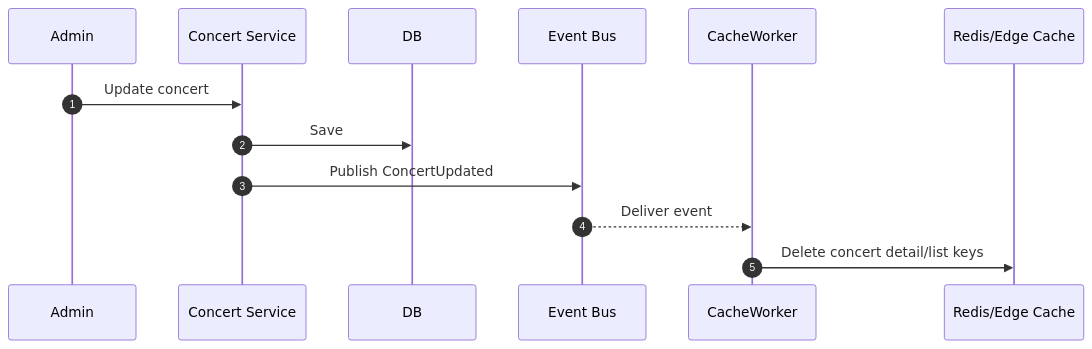
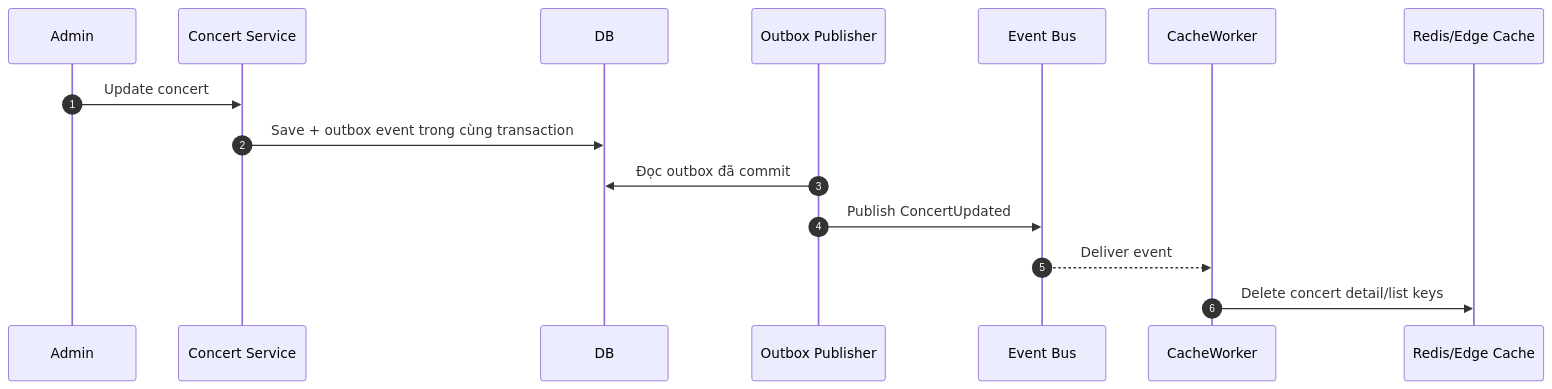
Before and after one commit to Toanapr/ticket-box: the fifth of 7 diagrams in blueprint/07-protection-mechanisms.md, drawn with Mermaid. The commit also changed other lines of this file and 8 other files, not shown here.

````diff
--- a/blueprint/07-protection-mechanisms.md
+++ b/blueprint/07-protection-mechanisms.md
@@ -159,16 +189,18 @@
 ```mermaid
 sequenceDiagram
     autonumber
     participant Admin
     participant Concert as Concert Service
     participant DB
+    participant Outbox as Outbox Publisher
     participant Bus as Event Bus
     participant CacheWorker
     participant Cache as Redis/Edge Cache
 
     Admin->>Concert: Update concert
-    Concert->>DB: Save
-    Concert->>Bus: Publish ConcertUpdated
+    Concert->>DB: Save + outbox event trong cùng transaction
+    Outbox->>DB: Đọc outbox đã commit
+    Outbox->>Bus: Publish ConcertUpdated
     Bus-->>CacheWorker: Deliver event
     CacheWorker->>Cache: Delete concert detail/list keys
 ```
````
